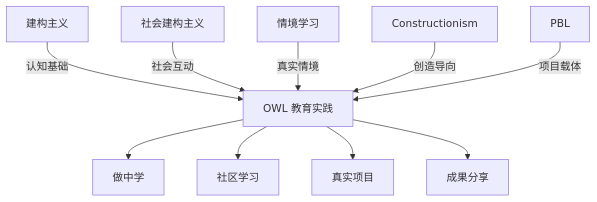
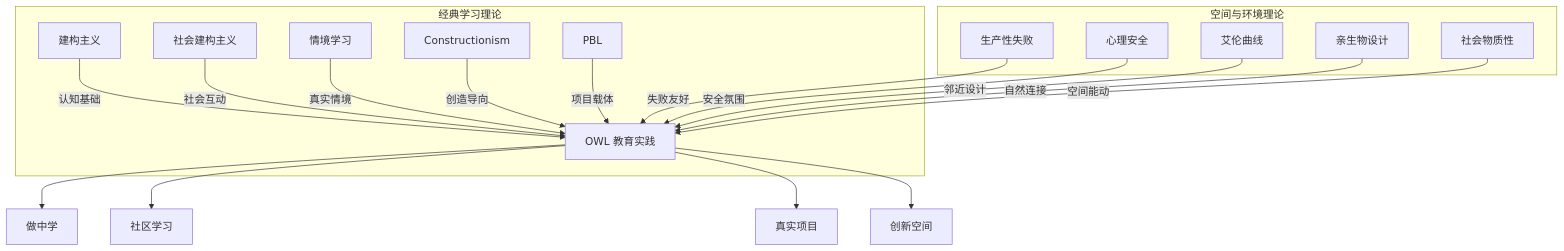
One commit to openwisdomlab/owlab changed the diagram in content/docs/zh/knowledge-base/01-foundations/extend/learning-theories.mdx. Above: the diagram before and after it, drawn with Mermaid. The commit also changed other lines of this file and 31 other files, not shown here.

````diff
--- a/content/docs/zh/knowledge-base/01-foundations/extend/learning-theories.mdx
+++ b/content/docs/zh/knowledge-base/01-foundations/extend/learning-theories.mdx
@@ -233,13 +653,23 @@
 ```mermaid
 graph TD
-    A[建构主义] -->|认知基础| E[OWL 教育实践]
-    B[社会建构主义] -->|社会互动| E
-    C[情境学习] -->|真实情境| E
-    D[Constructionism] -->|创造导向| E
-    F[PBL] -->|项目载体| E
+    subgraph 经典学习理论
+        A[建构主义] -->|认知基础| E[OWL 教育实践]
+        B[社会建构主义] -->|社会互动| E
+        C[情境学习] -->|真实情境| E
+        D[Constructionism] -->|创造导向| E
+        F[PBL] -->|项目载体| E
+    end
 
-    E --> G[做中学]
-    E --> H[社区学习]
-    E --> I[真实项目]
-    E --> J[成果分享]
+    subgraph 空间与环境理论
+        G[生产性失败] -->|失败友好| E
+        H[心理安全] -->|安全氛围| E
+        I[艾伦曲线] -->|邻近设计| E
+        J[亲生物设计] -->|自然连接| E
+        K[社会物质性] -->|空间能动| E
+    end
+
+    E --> L[做中学]
+    E --> M[社区学习]
+    E --> N[真实项目]
+    E --> O[创新空间]
 ```
````
